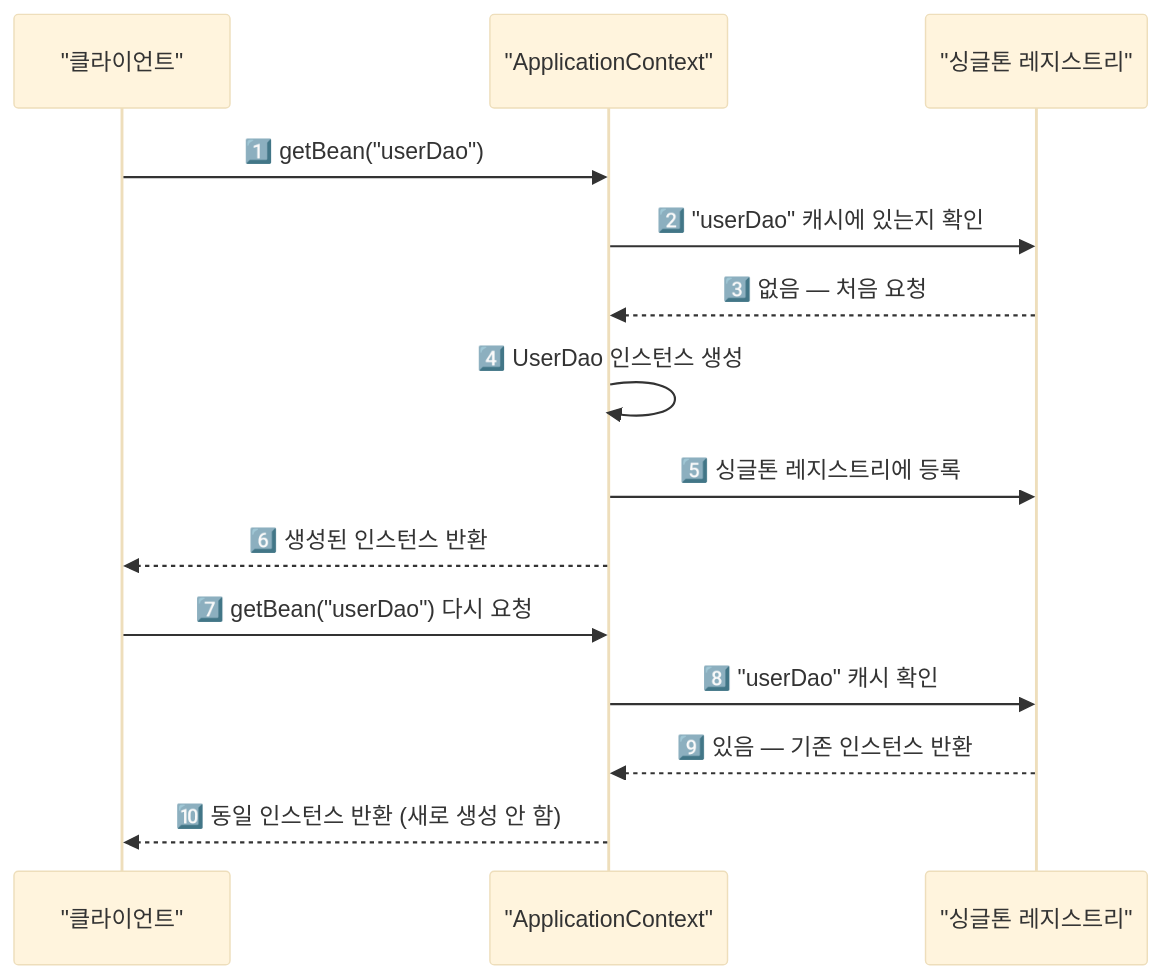
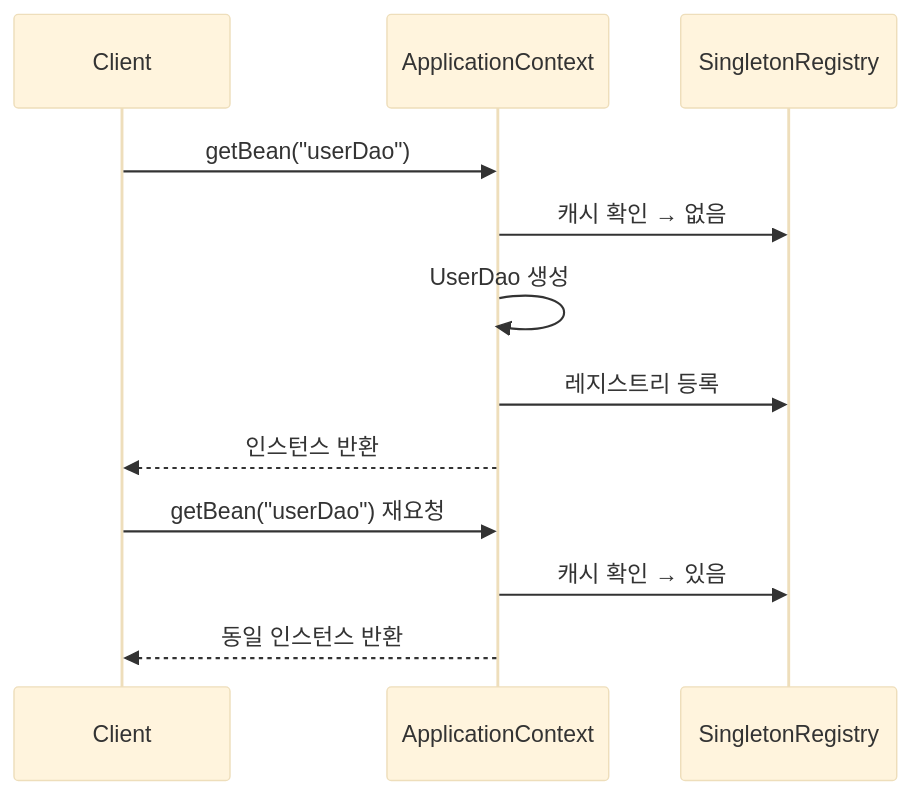
Before and after one commit to yjkim2015/yjkim2015.github.io: the third of 6 diagrams in _posts/spring/2022-06-16-싱글톤 레지스트리와 오브젝트 스코프.md, drawn with Mermaid (base theme). The commit also changed other lines of this file and 215 other files, not shown here.

First line of the commit message:
신규 포스트 10개 추가 + Mermaid 전면 축소 + SystemDesign 시리즈 보강

````diff
--- a/_posts/spring/2022-06-16-싱글톤 레지스트리와 오브젝트 스코프.md
+++ b/_posts/spring/2022-06-16-싱글톤 레지스트리와 오브젝트 스코프.md
@@ -108,18 +82,14 @@
 ```mermaid
 sequenceDiagram
-    participant C as "클라이언트"
-    participant AC as "ApplicationContext"
-    participant SR as "싱글톤 레지스트리"
-
-    C->>AC: 1️⃣ getBean("userDao")
-    AC->>SR: 2️⃣ "userDao" 캐시에 있는지 확인
-    SR-->>AC: 3️⃣ 없음 — 처음 요청
-    AC->>AC: 4️⃣ UserDao 인스턴스 생성
-    AC->>SR: 5️⃣ 싱글톤 레지스트리에 등록
-    AC-->>C: 6️⃣ 생성된 인스턴스 반환
-
-    C->>AC: 7️⃣ getBean("userDao") 다시 요청
-    AC->>SR: 8️⃣ "userDao" 캐시 확인
-    SR-->>AC: 9️⃣ 있음 — 기존 인스턴스 반환
-    AC-->>C: 🔟 동일 인스턴스 반환 (새로 생성 안 함)
+    participant C as Client
+    participant AC as ApplicationContext
+    participant SR as SingletonRegistry
+    C->>AC: getBean("userDao")
+    AC->>SR: 캐시 확인 → 없음
+    AC->>AC: UserDao 생성
+    AC->>SR: 레지스트리 등록
+    AC-->>C: 인스턴스 반환
+    C->>AC: getBean("userDao") 재요청
+    AC->>SR: 캐시 확인 → 있음
+    AC-->>C: 동일 인스턴스 반환
 ```
````
